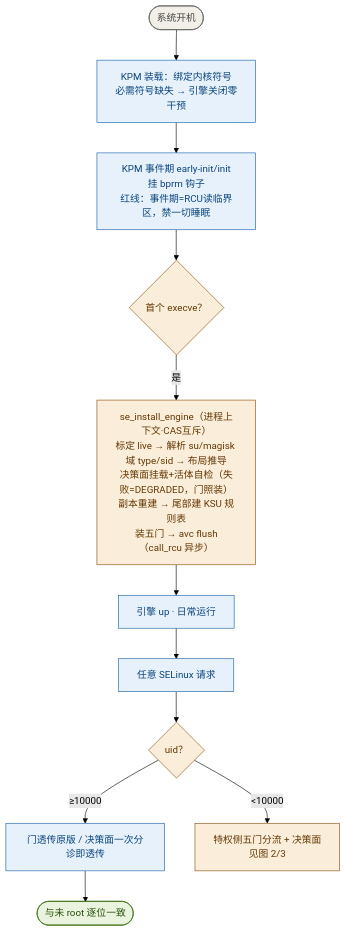
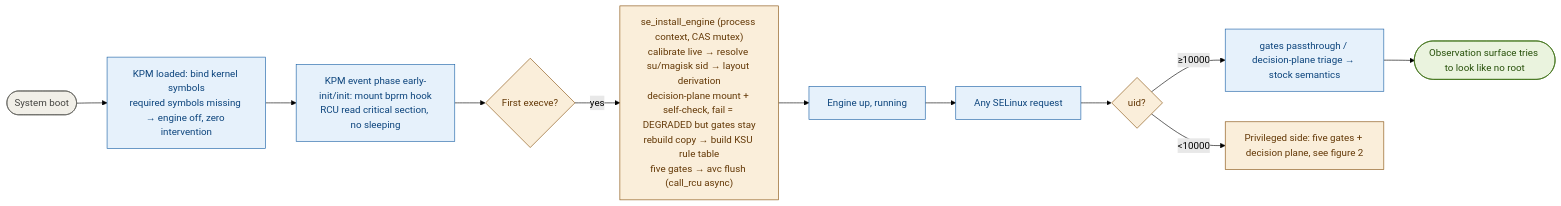
Before and after one commit to Lun-OS/SELinux_hide_Ind: the first of 2 diagrams in README.md, drawn with Mermaid (forest theme). The commit also changed other lines of this file and 1 other file, not shown here.

````diff
--- a/README.md
+++ b/README.md
@@ -52,18 +51,18 @@
 ```mermaid
-flowchart TD
+flowchart LR
     classDef blue fill:#E6F1FB,stroke:#185FA5,color:#0C447C
     classDef yellow fill:#FAEEDA,stroke:#854F0B,color:#633806
     classDef green fill:#EAF3DE,stroke:#3B6D11,color:#27500A
     classDef gray fill:#F1EFE8,stroke:#5F5E5A,color:#444441
 
-    A([系统开机]):::gray --> B[KPM 装载：绑定内核符号<br/>必需符号缺失 → 引擎关闭零干预]:::blue
-    B --> E[KPM 事件期 early-init/init<br/>挂 bprm 钩子<br/>红线：事件期=RCU读临界区，禁一切睡眠]:::blue
-    E --> F{首个 execve？}:::yellow
-    F -- 是 --> G[se_install_engine（进程上下文·CAS互斥）<br/>标定 live → 解析 su/magisk 域 type/sid → 布局推导<br/>决策面挂载+活体自检（失败=DEGRADED，门照装）<br/>副本重建 → 尾部建 KSU 规则表<br/>装五门 → avc flush（call_rcu 异步）]:::yellow
-    G --> H[引擎 up · 日常运行]:::blue
-    H --> I[任意 SELinux 请求]:::blue
-    I --> J{uid？}:::yellow
-    J -- ≥10000 --> K[门透传原版 / 决策面一次分诊即透传]:::blue
-    K --> L([与未 root 逐位一致]):::green
-    J -- <10000 --> SG[特权侧五门分流 + 决策面<br/>见图 2/3]:::yellow
+    A(["System boot"]):::gray --> B["KPM loaded: bind kernel symbols<br/>required symbols missing → engine off, zero intervention"]:::blue
+    B --> E["KPM event phase early-init/init: mount bprm hook<br/>RCU read critical section, no sleeping"]:::blue
+    E --> F{"First execve?"}:::yellow
+    F -- yes --> G["se_install_engine (process context, CAS mutex)<br/>calibrate live → resolve su/magisk sid → layout derivation<br/>decision-plane mount + self-check, fail = DEGRADED but gates stay<br/>rebuild copy → build KSU rule table<br/>five gates → avc flush (call_rcu async)"]:::yellow
+    G --> H["Engine up, running"]:::blue
+    H --> I["Any SELinux request"]:::blue
+    I --> J{"uid?"}:::yellow
+    J -- "≥10000" --> K["gates passthrough / decision-plane triage → stock semantics"]:::blue
+    K --> L(["Observation surface tries to look like no root"]):::green
+    J -- "<10000" --> SG["Privileged side: five gates + decision plane, see figure 2"]:::yellow
 ```
````
